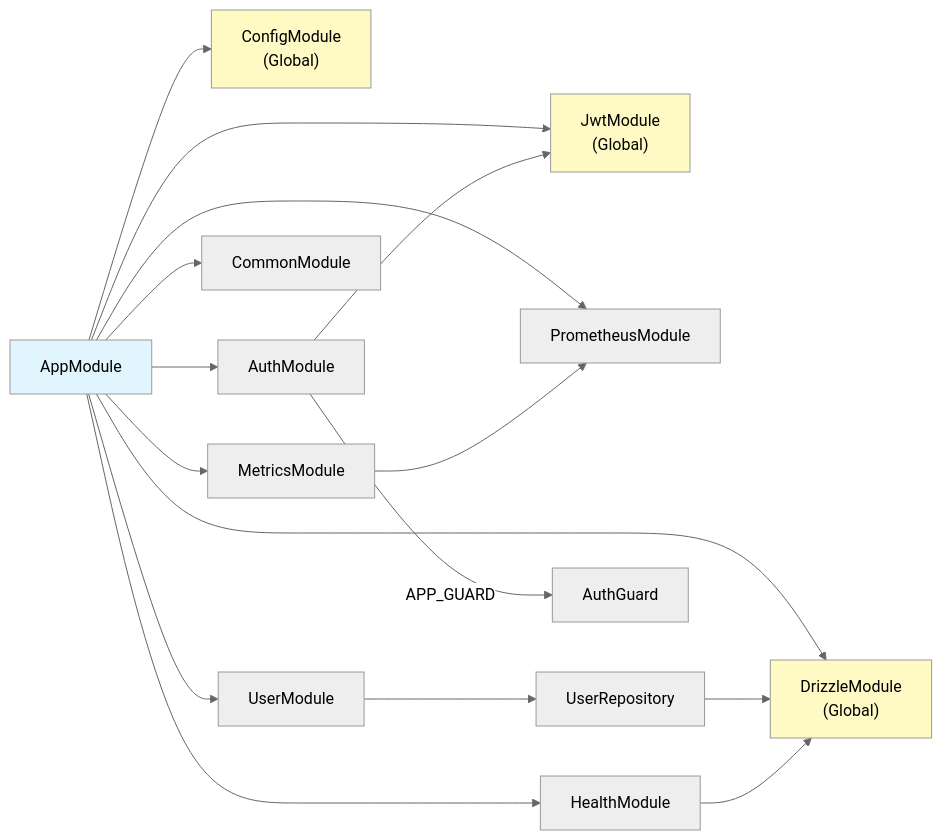
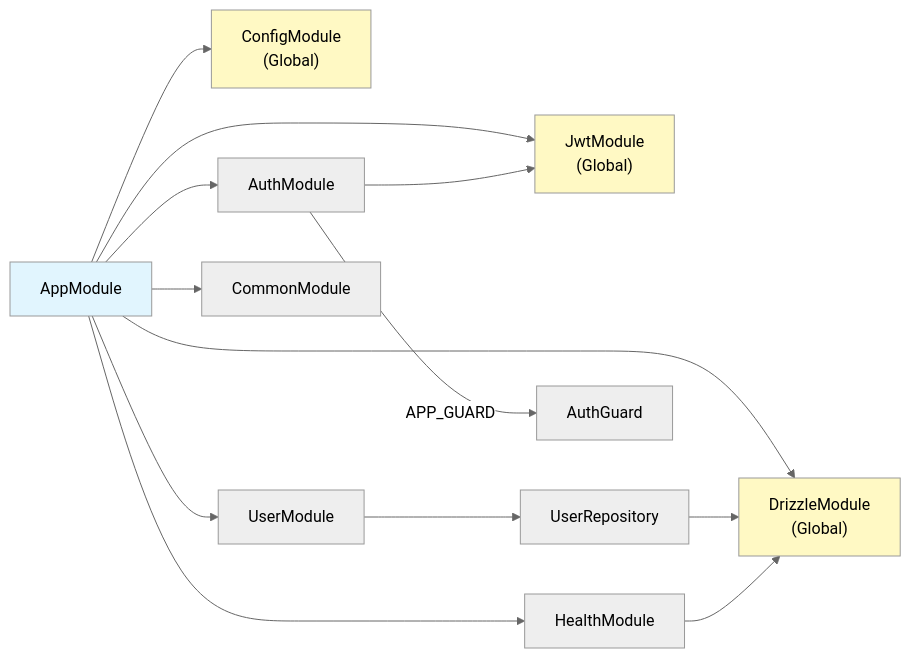
Before and after one commit to 1cli-team/one-cli: the third of 3 diagrams in packages/templates/nestjs-api/README.md, drawn with Mermaid (neutral theme). The commit also changed other lines of this file and 167 other files, not shown here.

````diff
--- a/packages/templates/nestjs-api/README.md
+++ b/packages/templates/nestjs-api/README.md
@@ -121,24 +113,21 @@
 ```mermaid
 graph LR
     App["AppModule"] --> Config["ConfigModule<br/>(Global)"]
     App --> Drizzle["DrizzleModule<br/>(Global)"]
     App --> JWT["JwtModule<br/>(Global)"]
-    App --> Prom["PrometheusModule"]
     App --> Auth["AuthModule"]
     App --> User["UserModule"]
     App --> Common["CommonModule"]
     App --> Health["HealthModule"]
-    App --> Metrics["MetricsModule"]
 
     Auth -->|"APP_GUARD"| AuthGuard["AuthGuard"]
     Auth --> JWT
     User --> UserRepo["UserRepository"]
     UserRepo --> Drizzle
     Health --> Drizzle
-    Metrics --> Prom
 
     style App fill:#e1f5fe
     style Config fill:#fff9c4
     style Drizzle fill:#fff9c4
     style JWT fill:#fff9c4
 ```
````
